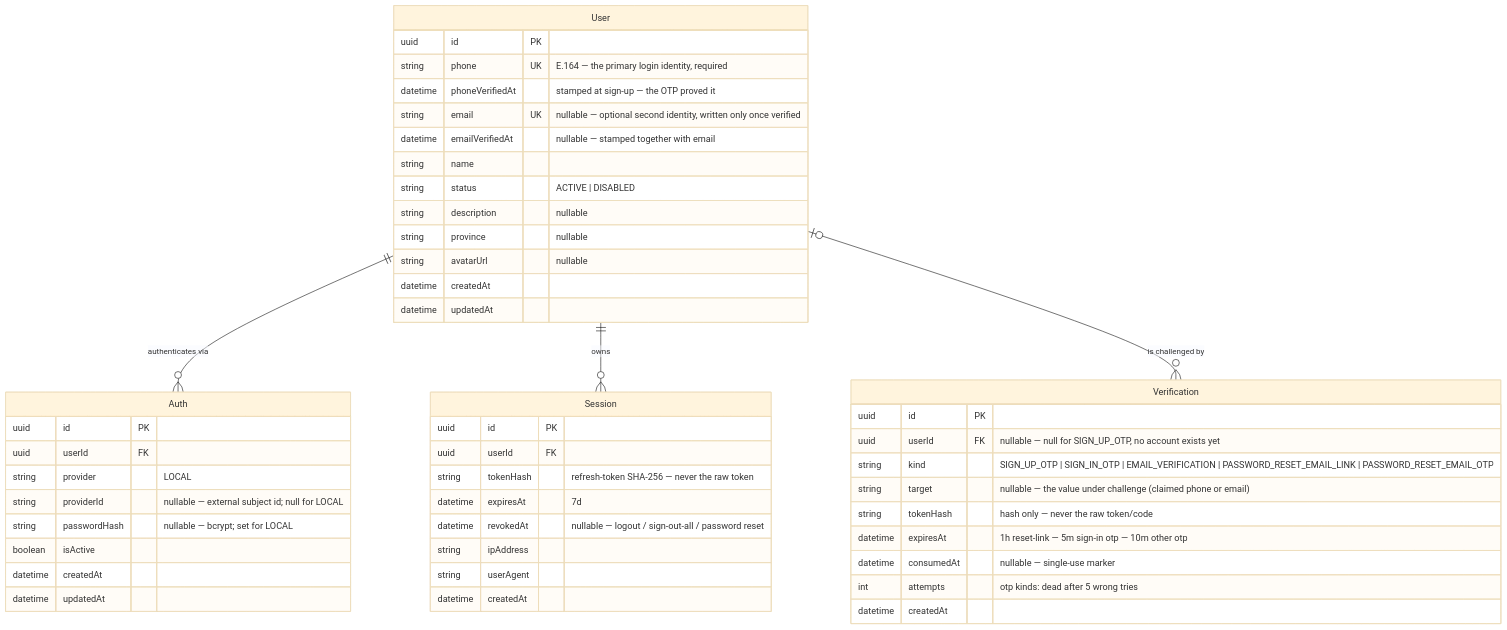
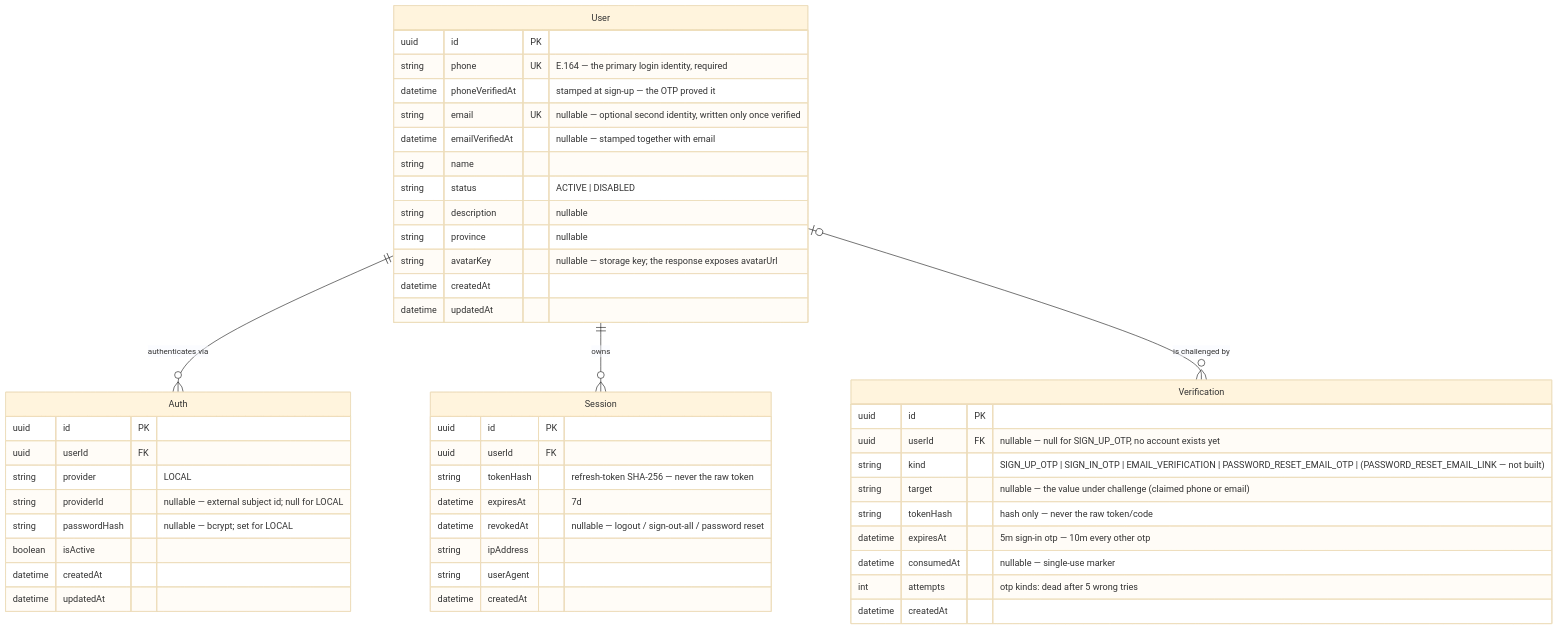
Before and after one commit to chuhaiphu/vinaup-platform: the diagram in apps/api/docs/architecture/DB-DIAGRAM.md, drawn with Mermaid (base theme). The commit also changed other lines of this file and 25 other files, not shown here.

First line of the commit message:
feat(auth): enhance OTP verification and email linking features

````diff
--- a/apps/api/docs/architecture/DB-DIAGRAM.md
+++ b/apps/api/docs/architecture/DB-DIAGRAM.md
@@ -22,55 +22,55 @@
 ```mermaid
 erDiagram
     User ||--o{ Auth : "authenticates via"
     User ||--o{ Session : "owns"
     User |o--o{ Verification : "is challenged by"
 
     User {
         uuid     id PK
         string   phone UK "E.164 — the primary login identity, required"
         datetime phoneVerifiedAt "stamped at sign-up — the OTP proved it"
         string   email UK "nullable — optional second identity, written only once verified"
         datetime emailVerifiedAt "nullable — stamped together with email"
         string   name
         string   status "ACTIVE | DISABLED"
         string   description "nullable"
         string   province "nullable"
-        string   avatarUrl "nullable"
+        string   avatarKey "nullable — storage key; the response exposes avatarUrl"
         datetime createdAt
         datetime updatedAt
     }
 
     Auth {
         uuid     id PK
         uuid     userId FK
         string   provider "LOCAL"
         string   providerId "nullable — external subject id; null for LOCAL"
         string   passwordHash "nullable — bcrypt; set for LOCAL"
         boolean  isActive
         datetime createdAt
         datetime updatedAt
     }
 
     Session {
         uuid     id PK
         uuid     userId FK
         string   tokenHash "refresh-token SHA-256 — never the raw token"
         datetime expiresAt "7d"
         datetime revokedAt "nullable — logout / sign-out-all / password reset"
         string   ipAddress
         string   userAgent
         datetime createdAt
     }
 
     Verification {
         uuid     id PK
         uuid     userId FK "nullable — null for SIGN_UP_OTP, no account exists yet"
-        string   kind "SIGN_UP_OTP | SIGN_IN_OTP | EMAIL_VERIFICATION | PASSWORD_RESET_EMAIL_LINK | PASSWORD_RESET_EMAIL_OTP"
+        string   kind "SIGN_UP_OTP | SIGN_IN_OTP | EMAIL_VERIFICATION | PASSWORD_RESET_EMAIL_OTP | (PASSWORD_RESET_EMAIL_LINK — not built)"
         string   target "nullable — the value under challenge (claimed phone or email)"
         string   tokenHash "hash only — never the raw token/code"
-        datetime expiresAt "1h reset-link — 5m sign-in otp — 10m other otp"
+        datetime expiresAt "5m sign-in otp — 10m every other otp"
         datetime consumedAt "nullable — single-use marker"
         int      attempts "otp kinds: dead after 5 wrong tries"
         datetime createdAt
     }
 ```
````
